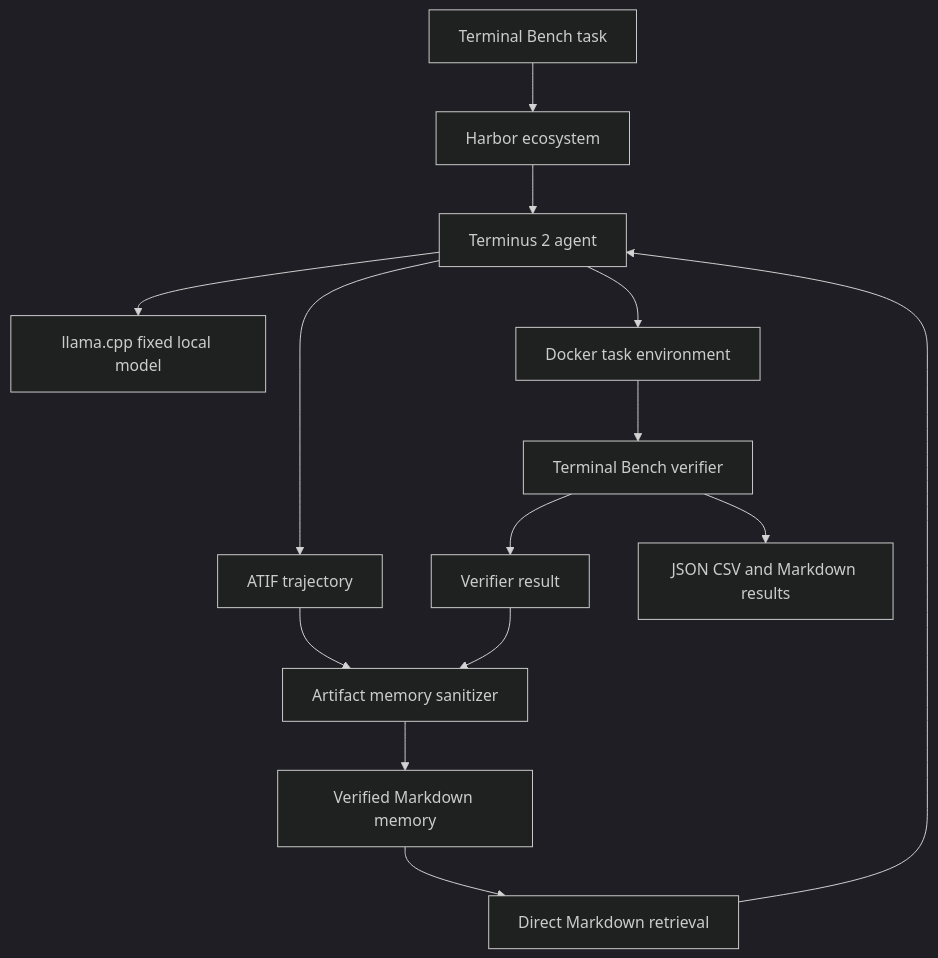
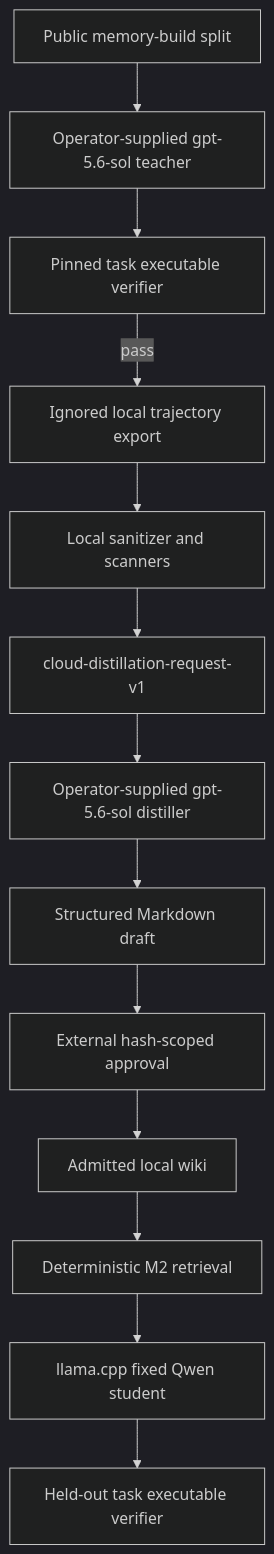
One commit to raghavan/longtail-inference-lab changed the diagram in projects/01_terminal_artifact_memory/SETUP.md. Above: the diagram before and after it, drawn with Mermaid (dark theme). The commit also changed other lines of this file and 34 other files, not shown here.

First line of the commit message:
Add cloud-teacher/local-Qwen memory transfer workflow (#37)

````diff
--- a/projects/01_terminal_artifact_memory/SETUP.md
+++ b/projects/01_terminal_artifact_memory/SETUP.md
@@ -48,16 +35,15 @@
 ```mermaid
 flowchart TD
-    A[Terminal Bench task] --> B[Harbor ecosystem]
-    B --> C[Terminus 2 agent]
-    C --> D[llama.cpp fixed local model]
-    C --> E[Docker task environment]
-    E --> F[Terminal Bench verifier]
-    C --> G[ATIF trajectory]
-    F --> H[Verifier result]
-    G --> I[Artifact memory sanitizer]
-    H --> I
-    I --> J[Verified Markdown memory]
-    J --> K[Direct Markdown retrieval]
-    K --> C
-    F --> L[JSON CSV and Markdown results]
+    A[Public memory-build split] --> B[Operator-supplied gpt-5.6-sol teacher]
+    B --> C[Pinned task executable verifier]
+    C -->|pass| D[Ignored local trajectory export]
+    D --> E[Local sanitizer and scanners]
+    E --> F[cloud-distillation-request-v1]
+    F --> G[Operator-supplied gpt-5.6-sol distiller]
+    G --> H[Structured Markdown draft]
+    H --> I[External hash-scoped approval]
+    I --> J[Admitted local wiki]
+    J --> K[Deterministic M2 retrieval]
+    K --> L[llama.cpp fixed Qwen student]
+    L --> M[Held-out task executable verifier]
 ```
````
